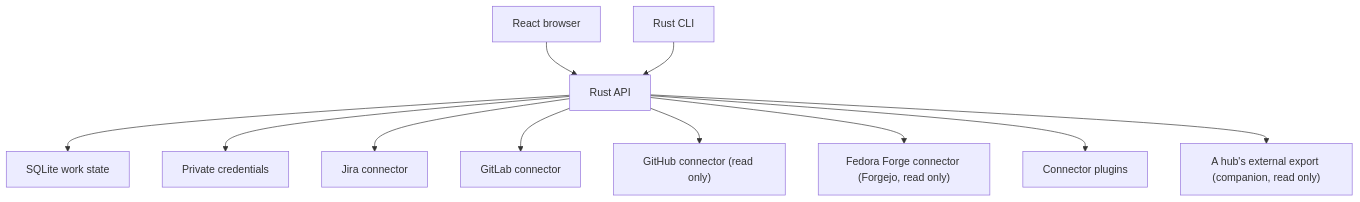
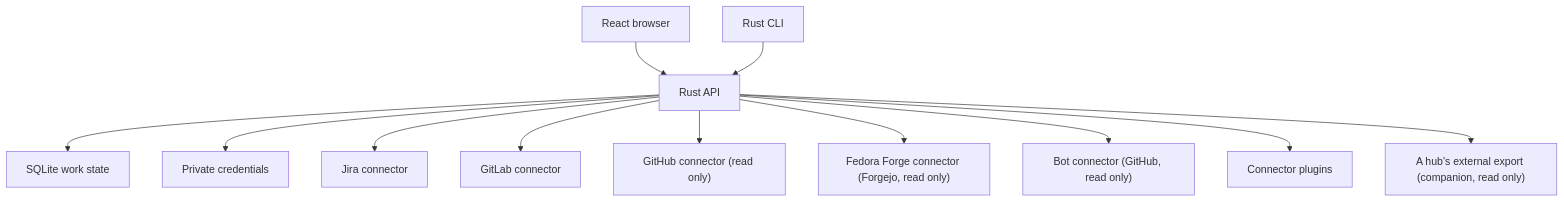
Before and after one commit to jmarrero-bot/work-tracker-poc: the diagram in docs/architecture.md, drawn with Mermaid. The commit also changed other lines of this file and 4 other files, not shown here.

First line of the commit message:
README, docs: Document the bot connector and mark slice 7 done

````diff
--- a/docs/architecture.md
+++ b/docs/architecture.md
@@ -3,13 +3,14 @@
 ```mermaid
 flowchart TD
   Web["React browser"] --> API["Rust API"]
   CLI["Rust CLI"] --> API
   API --> DB["SQLite work state"]
   API --> Secrets["Private credentials"]
   API --> Jira["Jira connector"]
   API --> GitLab["GitLab connector"]
   API --> GitHub["GitHub connector (read only)"]
   API --> Fedora["Fedora Forge connector (Forgejo, read only)"]
+  API --> Bot["Bot connector (GitHub, read only)"]
   API --> Plugins["Connector plugins"]
   API --> Hub["A hub's external export (companion, read only)"]
 ```
````
